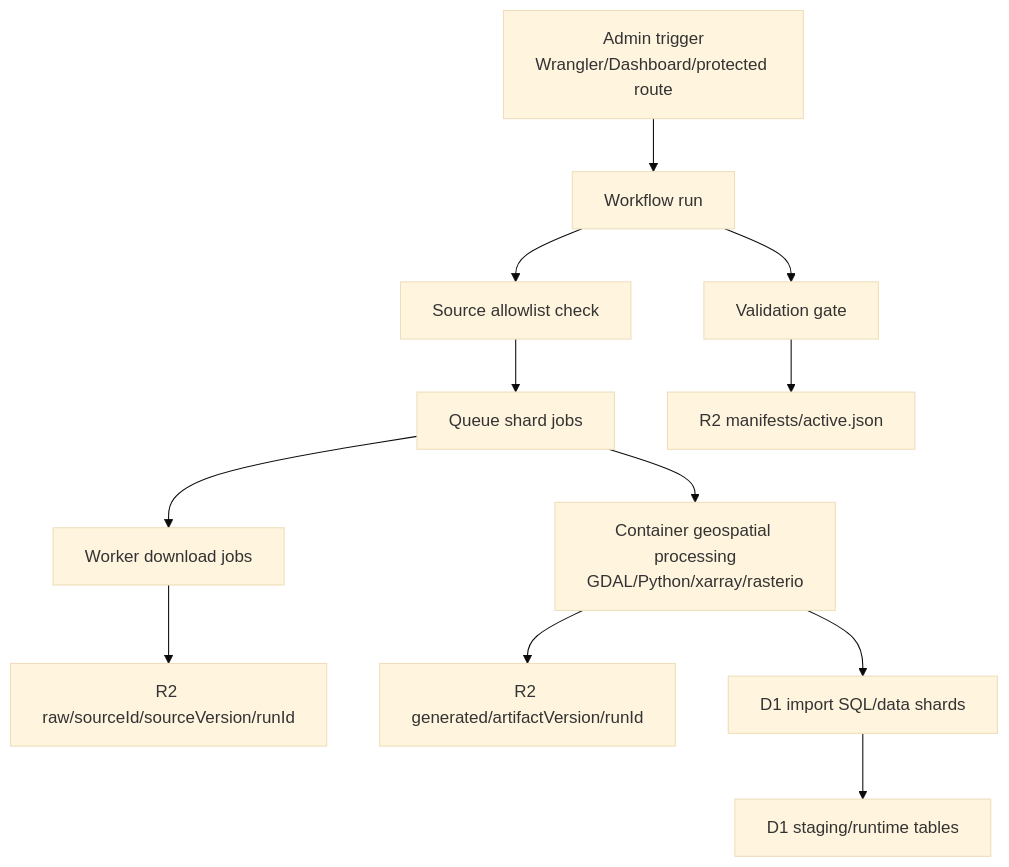
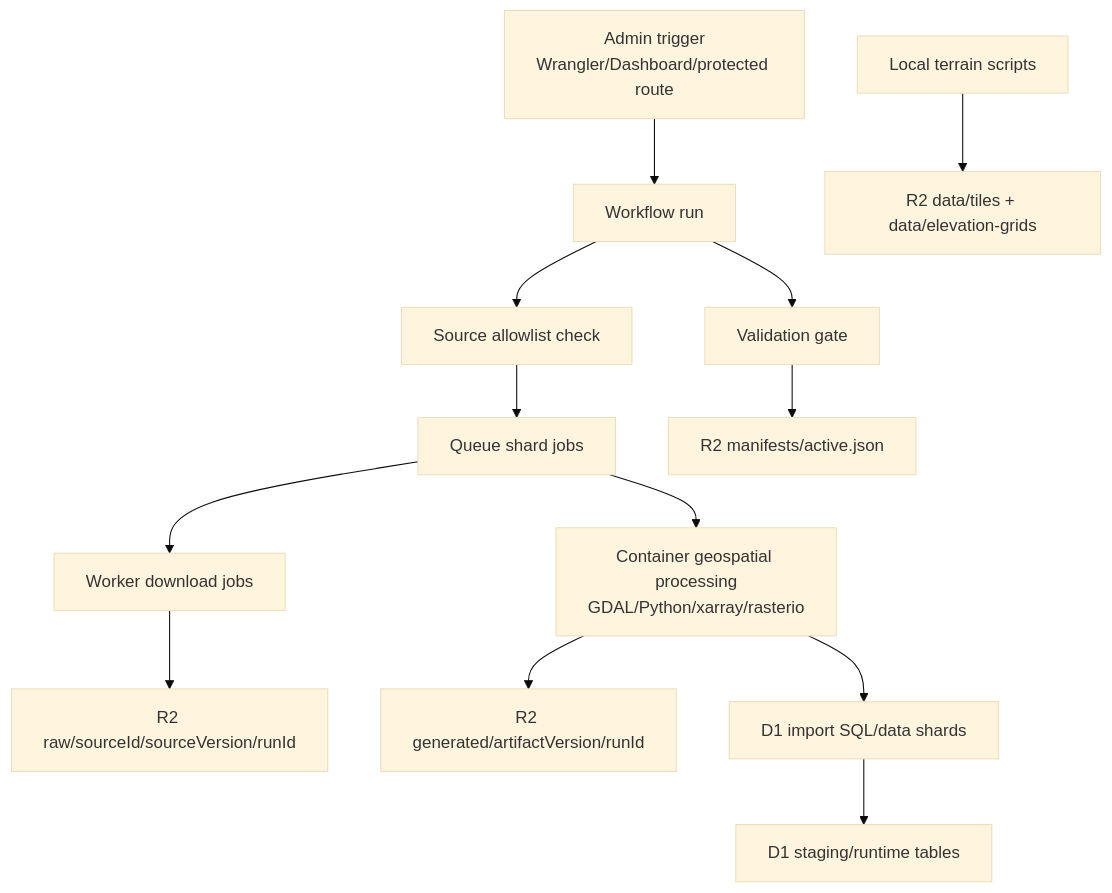
The second of 2 diagrams in docs/cloudflare-port-plan.md (Reyn-ear/YaadGuardCodexReviews), drawn with Mermaid (base theme) before and after one commit. The commit also changed other lines of this file and 42 other files, not shown here.

````diff
--- a/docs/cloudflare-port-plan.md
+++ b/docs/cloudflare-port-plan.md
@@ -131,14 +131,15 @@
 ```mermaid
 flowchart TD
   Admin["Admin trigger\nWrangler/Dashboard/protected route"] --> Workflow["Workflow run"]
   Workflow --> Allowlist["Source allowlist check"]
   Allowlist --> Queue["Queue shard jobs"]
   Queue --> DownloadWorker["Worker download jobs"]
   DownloadWorker --> RawR2["R2 raw/sourceId/sourceVersion/runId"]
   Queue --> Container["Container geospatial processing\nGDAL/Python/xarray/rasterio"]
   Container --> GeneratedR2["R2 generated/artifactVersion/runId"]
+  LocalTerrain["Local terrain scripts"] --> TerrainData["R2 data/tiles + data/elevation-grids"]
   Container --> ImportSQL["D1 import SQL/data shards"]
   ImportSQL --> D1["D1 staging/runtime tables"]
   Workflow --> Validation["Validation gate"]
   Validation --> ActiveManifest["R2 manifests/active.json"]
 ```
````
